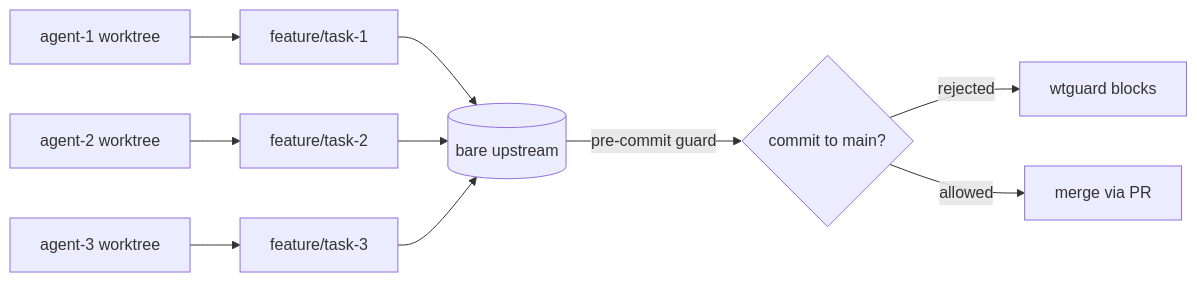
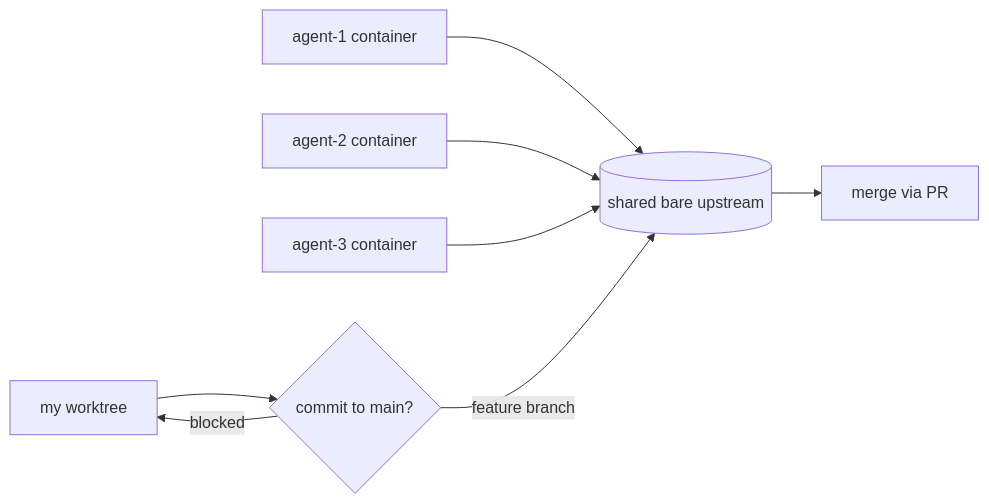
The first of 2 diagrams in src/content/posts/wtguard-parallel-agents.md (cuongtranba/trancuong.me), drawn with Mermaid before and after one commit. The commit also changed other lines of this file and 3 other files, not shown here.

````diff
--- a/src/content/posts/wtguard-parallel-agents.md
+++ b/src/content/posts/wtguard-parallel-agents.md
@@ -26,10 +16,10 @@
 ```mermaid
 flowchart LR
-  A[agent-1 worktree] --> B[feature/task-1]
-  C[agent-2 worktree] --> D[feature/task-2]
-  E[agent-3 worktree] --> F[feature/task-3]
-  B & D & F --> G[(bare upstream)]
-  G -->|pre-commit guard| H{commit to main?}
-  H -- rejected --> I[wtguard blocks]
-  H -- allowed --> J[merge via PR]
+  A1[agent-1 container] --> U[(shared bare upstream)]
+  A2[agent-2 container] --> U
+  A3[agent-3 container] --> U
+  W[my worktree] --> G{"commit to main?"}
+  G -->|blocked| W
+  G -->|feature branch| U
+  U --> PR[merge via PR]
 ```
````
